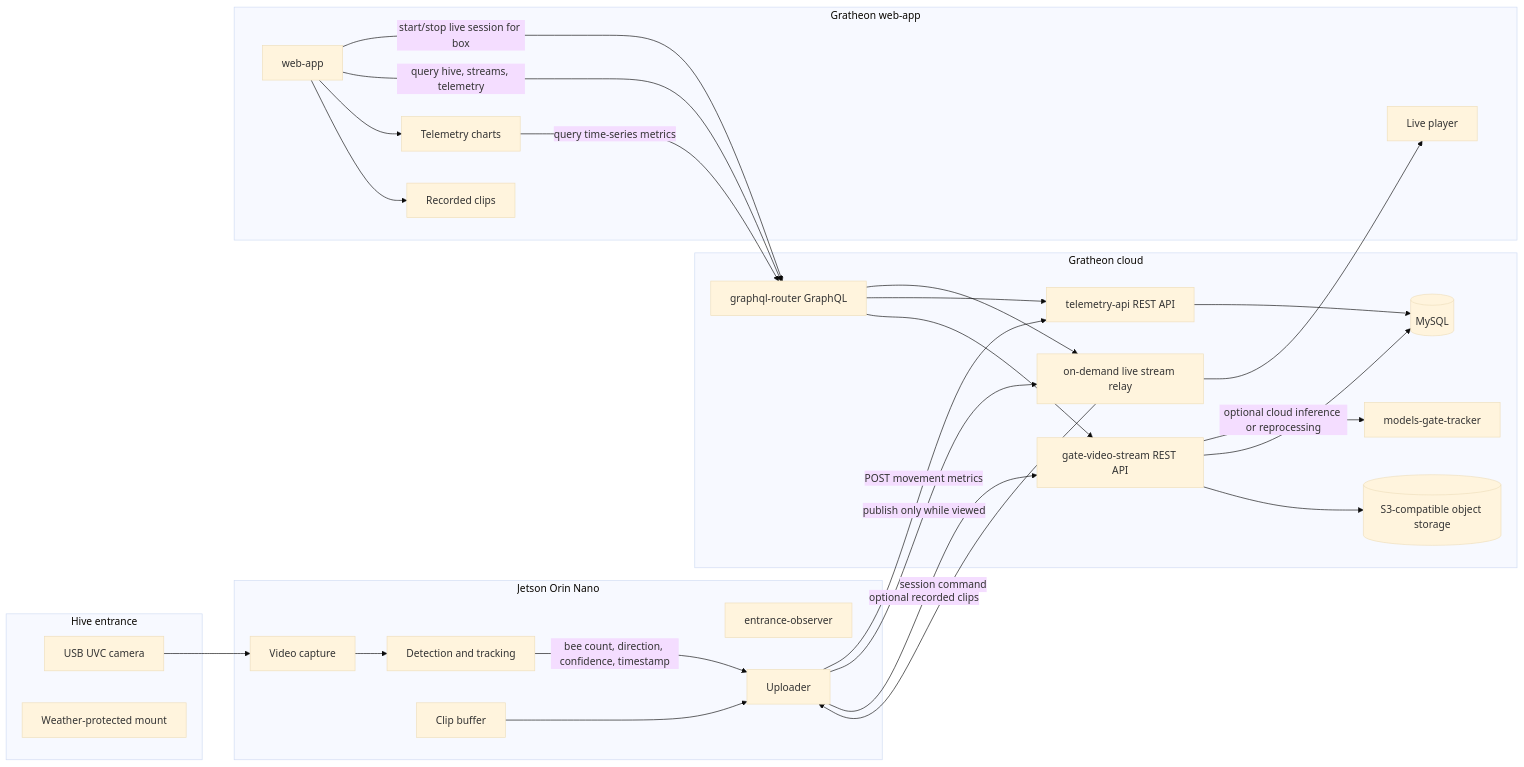
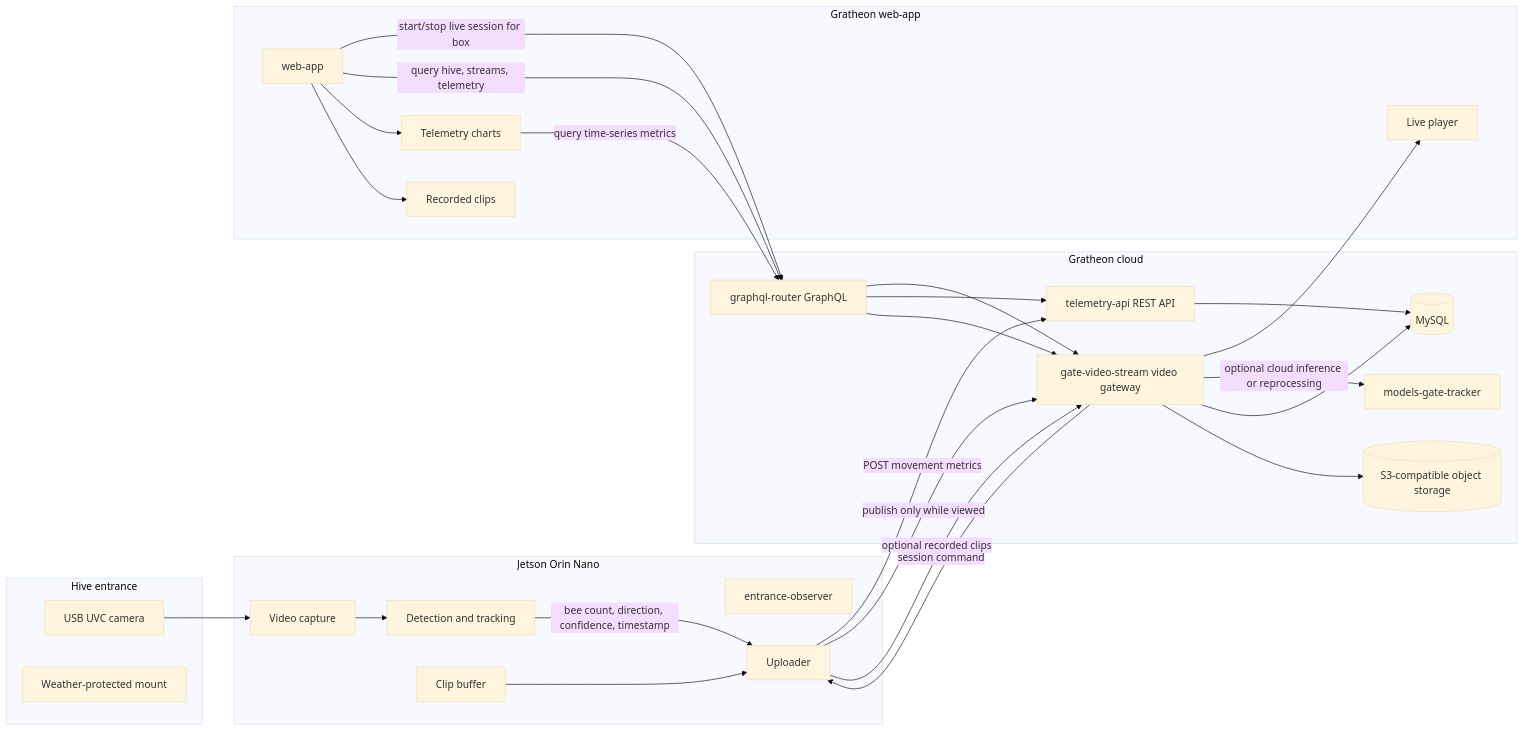
Before and after one commit to Gratheon/website2: the diagram in content/docs/entrance-observer/entrance-observer.md, drawn with Mermaid (base theme). The commit also changed other lines of this file and 1 other file, not shown here.

Commit message:
Clarify gate-video-stream live video gateway role

````diff
--- a/content/docs/entrance-observer/entrance-observer.md
+++ b/content/docs/entrance-observer/entrance-observer.md
@@ -28,53 +28,52 @@
 ```mermaid
 flowchart LR
   subgraph Hive[Hive entrance]
     camera[USB UVC camera]
     mount[Weather-protected mount]
   end
 
   subgraph Edge[Jetson Orin Nano]
     app[entrance-observer]
     capture[Video capture]
     detector[Detection and tracking]
     buffer[Clip buffer]
     uploader[Uploader]
   end
 
   subgraph Cloud[Gratheon cloud]
-    live[on-demand live stream relay]
-    video[gate-video-stream REST API]
+    video[gate-video-stream video gateway]
     model[models-gate-tracker]
     telemetry[telemetry-api REST API]
     graphql[graphql-router GraphQL]
     mysql[(MySQL)]
     s3[(S3-compatible object storage)]
   end
 
   subgraph UI[Gratheon web-app]
     web[web-app]
     player[Live player]
     charts[Telemetry charts]
     archive[Recorded clips]
   end
 
   camera --> capture --> detector
   detector -->|bee count, direction, confidence, timestamp| uploader
   buffer --> uploader
   uploader -->|POST movement metrics| telemetry
   web -->|start/stop live session for box| graphql
-  graphql --> live
-  live -->|session command| uploader
-  uploader -->|publish only while viewed| live
-  live --> player
+  graphql --> video
+  video -->|session command| uploader
+  uploader -->|publish only while viewed| video
+  video --> player
   uploader -->|optional recorded clips| video
   video -->|optional cloud inference or reprocessing| model
   video --> mysql
   video --> s3
   telemetry --> mysql
   web -->|query hive, streams, telemetry| graphql
   graphql --> telemetry
   graphql --> video
   web --> charts
   web --> archive
   charts -->|query time-series metrics| graphql
 ```
````
